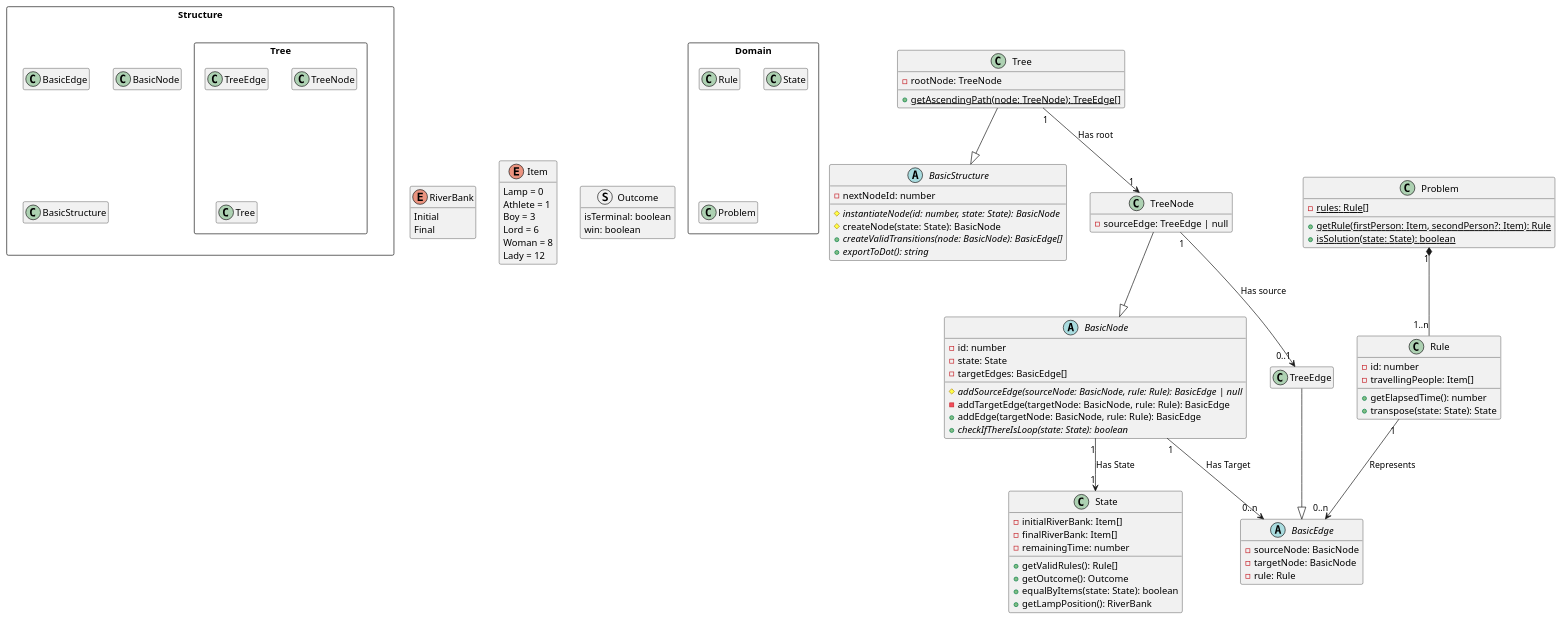
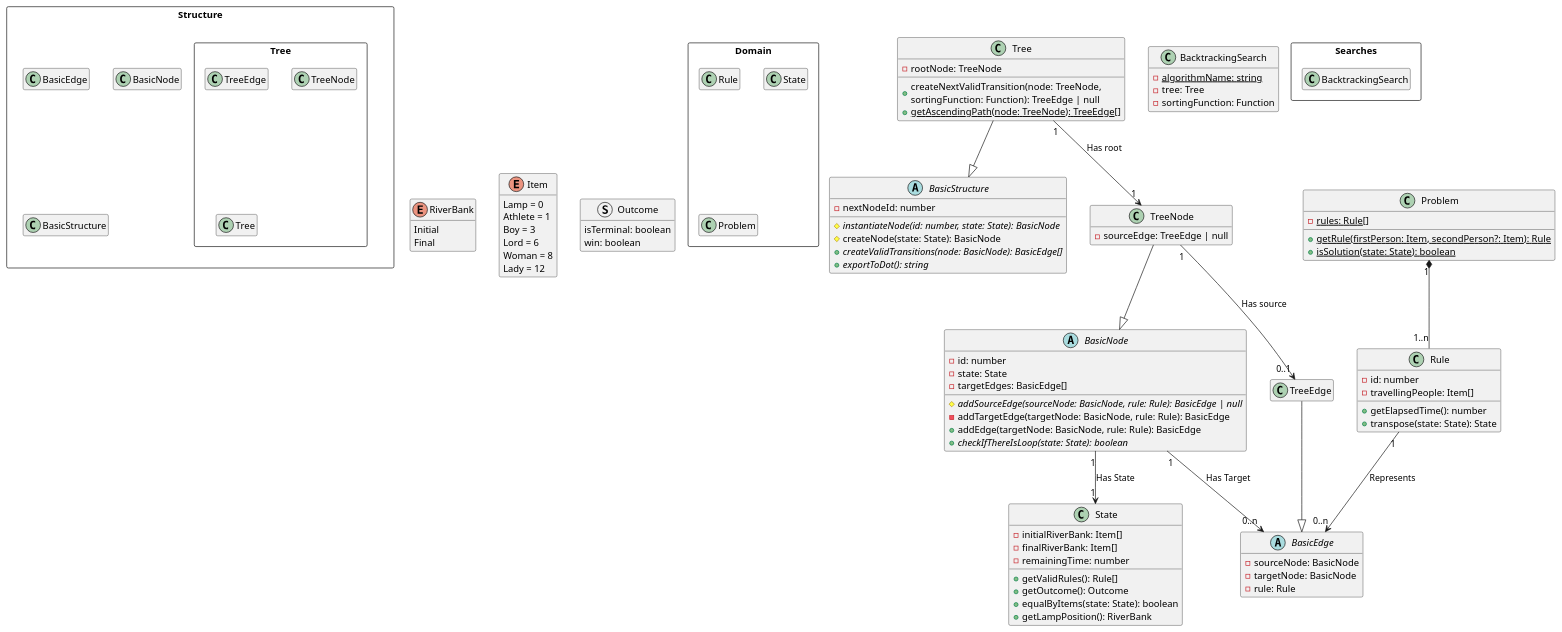
The diagram in docs/classDiagram.plantuml (gabdumal/ponteEscura), drawn with PlantUML before and after one commit. The commit also changed 19 other files, not shown here.

Commit message:
Improve Backtracking Search

```diff
--- a/docs/classDiagram.plantuml
+++ b/docs/classDiagram.plantuml
@@ -1,135 +1,145 @@
 @startuml
 
     ' Config
     hide empty members
     ' skinparam classAttributeIconSize 0
     ' left to right direction
 
 
     ' Definições
 
     enum Item {
         Lamp = 0
 	    Athlete = 1
 	    Boy = 3
 	    Lord = 6
 	    Woman = 8
 	    Lady = 12
     }
 
     enum RiverBank {
         Initial
         Final
     }
 
     struct Outcome {
         isTerminal: boolean
         win: boolean
     }
 
 
     ' Pacotes
 
     package Domain <<Rectangle>> {
         class Rule
         class State
         class Problem
     }
 
     package Structure <<Rectangle>> {
         class BasicEdge
         class BasicNode
         class BasicStructure
 
         package Tree <<Rectangle>> {
             class TreeEdge
             class TreeNode
             class Tree
         }
+    }
 
+    package Searches <<Rectangle>> {
+        class BacktrackingSearch
     }
 
 
     ' Classes
 
     class Rule {
         -id: number
         -travellingPeople: Item[]
         +getElapsedTime(): number
         +transpose(state: State): State
     }
 
     class State {
         -initialRiverBank: Item[]
         -finalRiverBank: Item[]
         -remainingTime: number
         +getValidRules(): Rule[]
         +getOutcome(): Outcome
         +equalByItems(state: State): boolean
         +getLampPosition(): RiverBank
     }
 
     class Problem {
         -{static}rules: Rule[]
         +{static}getRule(firstPerson: Item, secondPerson?: Item): Rule
         +{static}isSolution(state: State): boolean
     }
 
     abstract class BasicEdge {
         -sourceNode: BasicNode
         -targetNode: BasicNode
         -rule: Rule
     }
 
     abstract class BasicNode {
         -id: number
         -state: State
         -targetEdges: BasicEdge[]
         #{abstract}addSourceEdge(sourceNode: BasicNode, rule: Rule): BasicEdge | null
         -addTargetEdge(targetNode: BasicNode, rule: Rule): BasicEdge
         +addEdge(targetNode: BasicNode, rule: Rule): BasicEdge
         +{abstract}checkIfThereIsLoop(state: State): boolean
     }
 
     abstract class BasicStructure {
         -nextNodeId: number
         #{abstract}instantiateNode(id: number, state: State): BasicNode
         #createNode(state: State): BasicNode
         +{abstract}createValidTransitions(node: BasicNode): BasicEdge[]
         +{abstract}exportToDot(): string
     }
 
     class TreeEdge {}
 
     class TreeNode {
         -sourceEdge: TreeEdge | null
     }
 
     class Tree {
         -rootNode: TreeNode
+        +createNextValidTransition(node: TreeNode, \nsortingFunction: Function): TreeEdge | null
         +{static}getAscendingPath(node: TreeNode): TreeEdge[]
+    }
+
+    class BacktrackingSearch {
+        {static}-algorithmName: string
+        -tree: Tree
+        -sortingFunction: Function
     }
 
 
     ' Relacionamentos
 
     Rule "1" --> "0..n" BasicEdge : Represents
     Problem "1" *-- "1..n" Rule
     BasicNode "1" --> "0..n" BasicEdge : Has Target
     BasicNode "1" --> "1" State : Has State
     TreeNode "1" --> "0..1" TreeEdge : Has source
     Tree "1" --> "1" TreeNode : Has root
     TreeEdge --|> BasicEdge
     TreeNode --|> BasicNode
     Tree --|> BasicStructure
 
     Structure -[hidden]down-> RiverBank
     RiverBank -[hidden]right-> Item
     Item -[hidden]right-> Outcome
 
     ' Funcionario -[hidden]-> Falha
     ' Cargo -right[hidden]-> Status
     ' Status -right[hidden]-> TipoAD
 
 
 @enduml
```
